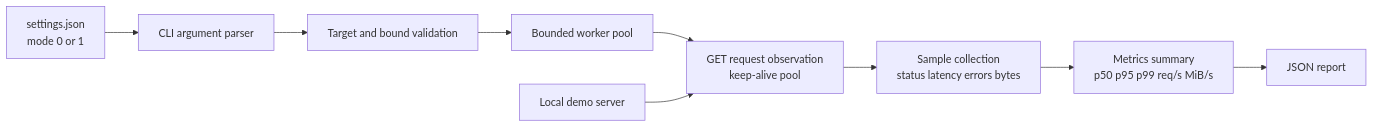
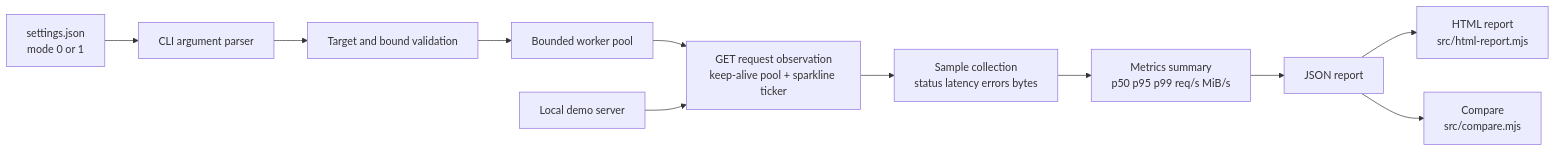
One commit to Gopyr/GP-1 changed the diagram in docs/architecture.md. Above: the diagram before and after it, drawn with Mermaid. The commit also changed other lines of this file and 7 other files, not shown here.

Commit message:
feat: v0.2.0 compare sparkline html report

````diff
--- a/docs/architecture.md
+++ b/docs/architecture.md
@@ -5,12 +5,13 @@
 ```mermaid
 flowchart LR
     A[settings.json\nmode 0 or 1] --> B[CLI argument parser]
     B --> C[Target and bound validation]
     C --> D[Bounded worker pool]
-    D --> E[GET request observation\nkeep-alive pool]
+    D --> E[GET request observation\nkeep-alive pool + sparkline ticker]
     E --> F[Sample collection\nstatus latency errors bytes]
     F --> G[Metrics summary\np50 p95 p99 req/s MiB/s]
-
     G --> H[JSON report]
-    I[Local demo server] --> E
+    H --> I[HTML report\nsrc/html-report.mjs]
+    H --> J[Compare\nsrc/compare.mjs]
+    K[Local demo server] --> E
 ```
````
